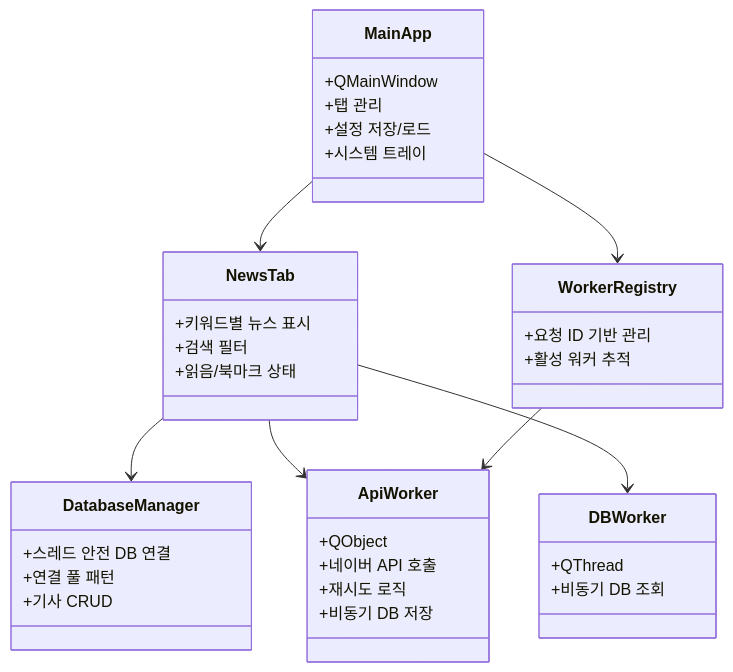
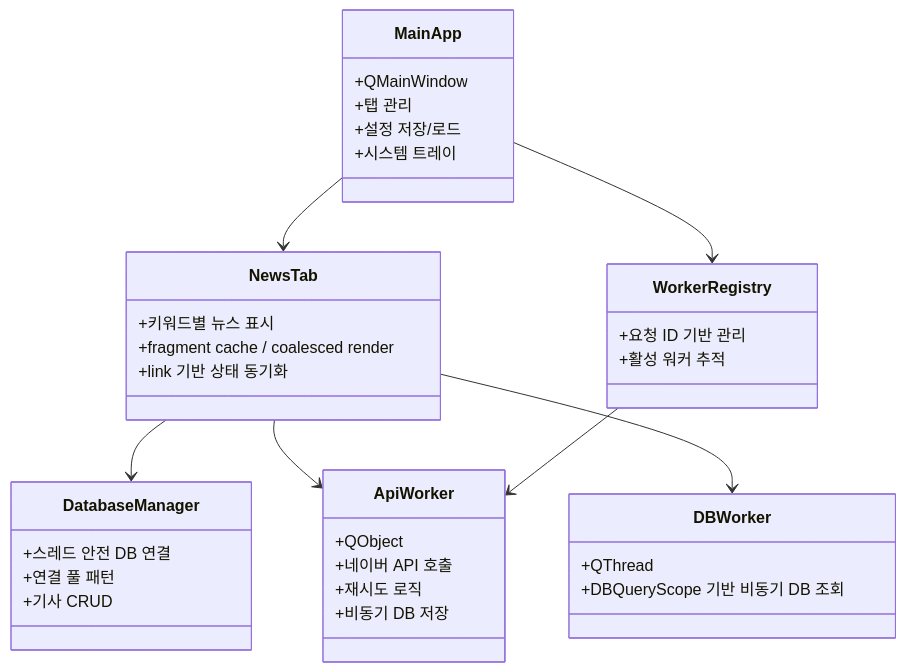
Before and after one commit to twbeatles/navernews-tabsearch: the diagram in gemini.md, drawn with Mermaid. The commit also changed other lines of this file and 13 other files, not shown here.

````diff
--- a/gemini.md
+++ b/gemini.md
@@ -91,40 +99,40 @@
 ```mermaid
 classDiagram
     class MainApp {
         +QMainWindow
         +탭 관리
         +설정 저장/로드
         +시스템 트레이
     }
     class NewsTab {
         +키워드별 뉴스 표시
-        +검색 필터
-        +읽음/북마크 상태
+        +fragment cache / coalesced render
+        +link 기반 상태 동기화
     }
     class DatabaseManager {
         +스레드 안전 DB 연결
         +연결 풀 패턴
         +기사 CRUD
     }
     class ApiWorker {
         +QObject
         +네이버 API 호출
         +재시도 로직
         +비동기 DB 저장
     }
     class DBWorker {
         +QThread
-        +비동기 DB 조회
+        +DBQueryScope 기반 비동기 DB 조회
     }
     class WorkerRegistry {
         +요청 ID 기반 관리
         +활성 워커 추적
     }
     
     MainApp --> NewsTab
     MainApp --> WorkerRegistry
     NewsTab --> DatabaseManager
     NewsTab --> ApiWorker
     NewsTab --> DBWorker
     WorkerRegistry --> ApiWorker
 ```
````
